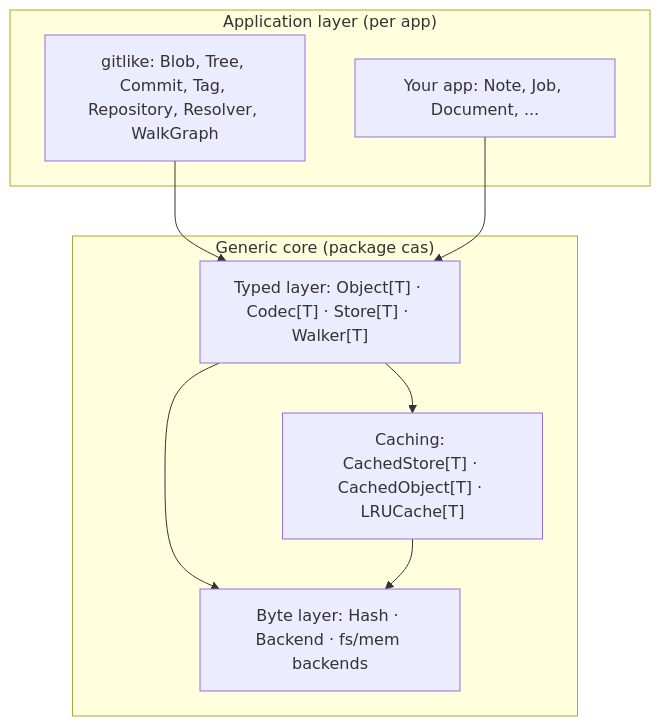
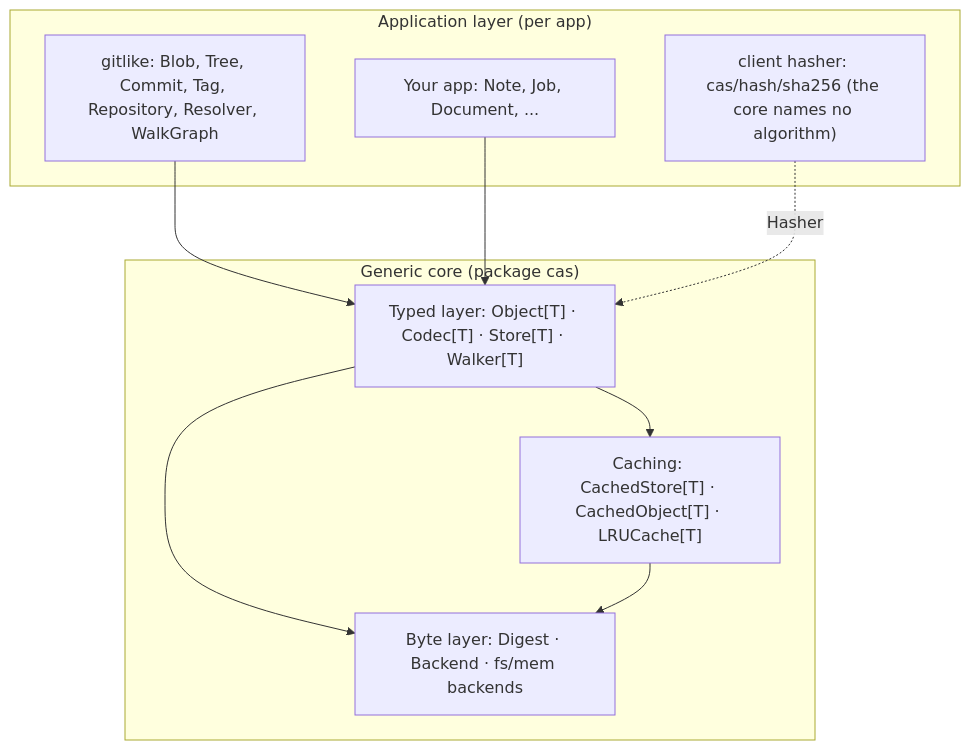
One commit to dmundt/go-cask changed the diagram in AGENTS.md. Above: the diagram before and after it, drawn with Mermaid. The commit also changed other lines of this file and 95 other files, not shown here.

````diff
--- a/AGENTS.md
+++ b/AGENTS.md
@@ -183,17 +184,19 @@
 ```mermaid
 flowchart TB
     subgraph APP["Application layer (per app)"]
         APP1["gitlike: Blob, Tree, Commit, Tag, Repository, Resolver, WalkGraph"]
         APP2["Your app: Note, Job, Document, ..."]
+        HASH["client hasher: cas/hash/sha256 (the core names no algorithm)"]
     end
     subgraph CORE["Generic core (package cas)"]
         TYPED["Typed layer: Object[T] · Codec[T] · Store[T] · Walker[T]"]
         CACHE["Caching: CachedStore[T] · CachedObject[T] · LRUCache[T]"]
-        BYTE["Byte layer: Hash · Backend · fs/mem backends"]
+        BYTE["Byte layer: Digest · Backend · fs/mem backends"]
     end
     APP1 --> TYPED
     APP2 --> TYPED
+    HASH -. "Hasher" .-> TYPED
     TYPED --> CACHE
     TYPED --> BYTE
     CACHE --> BYTE
 ```
````
